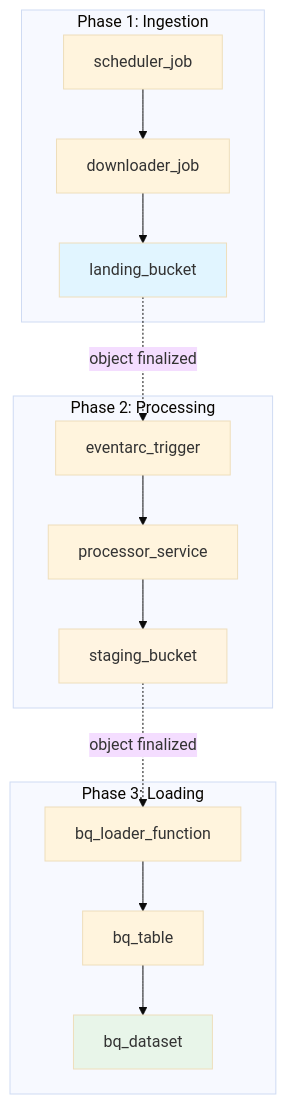
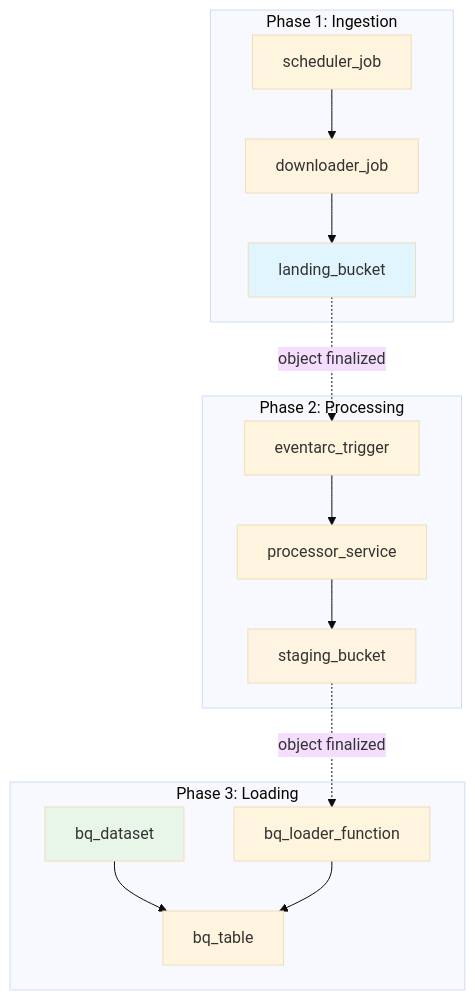
Before and after one commit to prateekpanjla-outlook/gcp_data_proc: the first of 3 diagrams in docs/TERRAFORM_DEPLOYMENT_GUIDE.md, drawn with Mermaid (base theme). The commit also changed other lines of this file and 26 other files, not shown here.

````diff
--- a/docs/TERRAFORM_DEPLOYMENT_GUIDE.md
+++ b/docs/TERRAFORM_DEPLOYMENT_GUIDE.md
@@ -93,35 +101,35 @@
 ```mermaid
 graph TB
     subgraph "Phase 1: Ingestion"
         P1_LANDING[landing_bucket]
         P1_DOWNLOADER[downloader_job]
         P1_SCHEDULER[scheduler_job]
     end
 
     subgraph "Phase 2: Processing"
         P2_STAGING[staging_bucket]
         P2_PROCESSOR[processor_service]
         P2_EVENTARC[eventarc_trigger]
     end
 
     subgraph "Phase 3: Loading"
         P3_DATASET[bq_dataset]
         P3_TABLE[bq_table]
         P3_FUNCTION[bq_loader_function]
     end
 
     P1_SCHEDULER --> P1_DOWNLOADER
     P1_DOWNLOADER --> P1_LANDING
 
     P1_LANDING -.->|object finalized| P2_EVENTARC
     P2_EVENTARC --> P2_PROCESSOR
     P2_PROCESSOR --> P2_STAGING
 
     P2_STAGING -.->|object finalized| P3_FUNCTION
+    P3_DATASET --> P3_TABLE
     P3_FUNCTION --> P3_TABLE
-    P3_TABLE --> P3_DATASET
 
     style P1_LANDING fill:#e1f5ff
     style P2_STAGING fill:#fff4e1
     style P3_DATASET fill:#e8f5e9
 ```
````
